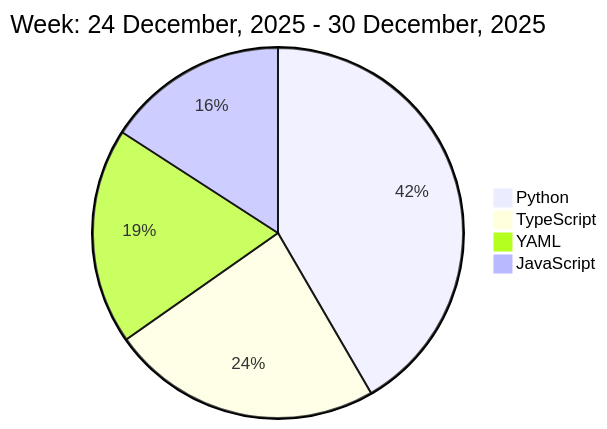
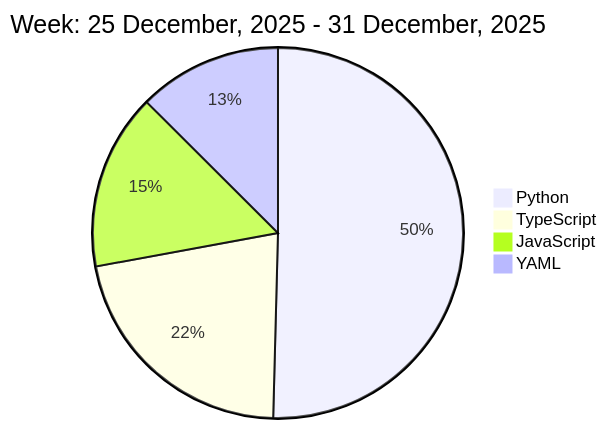
Before and after one commit to liubin95/liubin95: the diagram in README.md, drawn with Mermaid.

Commit message:
Updated the Graph with new Metrics

````diff
--- a/README.md
+++ b/README.md
@@ -37,8 +37,8 @@
 ```mermaid
  pie
-title Week: 24 December, 2025 - 30 December, 2025
- "Python" : 6.9
- "TypeScript" : 3.92
- "YAML" : 3.13
- "JavaScript" : 2.63
+title Week: 25 December, 2025 - 31 December, 2025
+ "Python" : 7.97
+ "TypeScript" : 3.43
+ "JavaScript" : 2.43
+ "YAML" : 1.98
 ```
````
